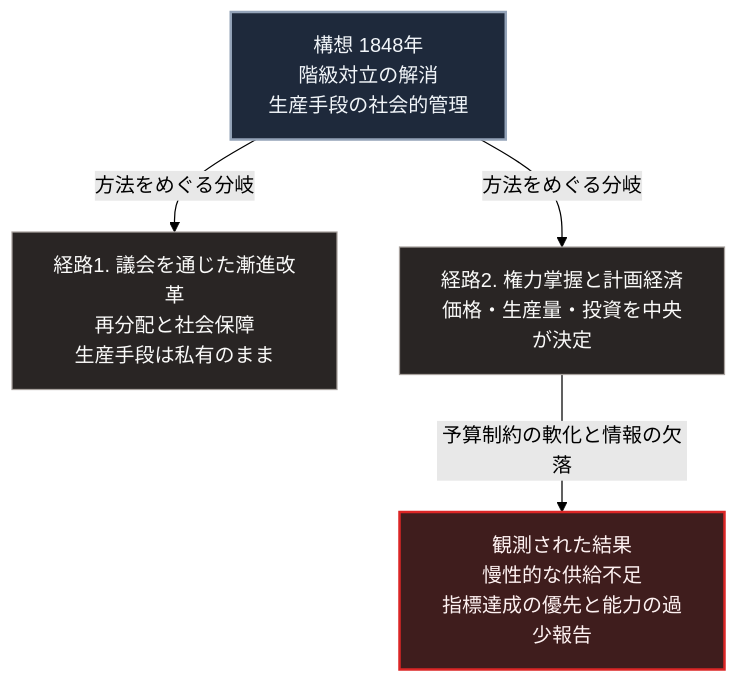
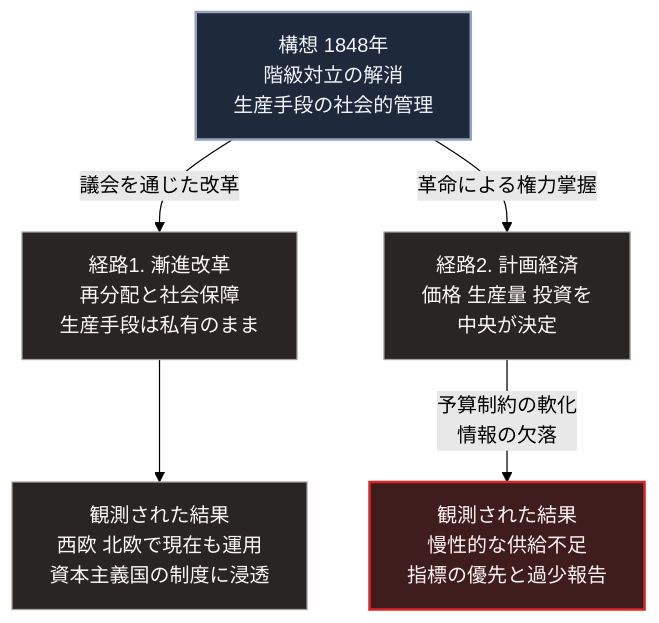
Before and after one commit to Takenori-Kusaka/zenn-content: the diagram in books/sovereign-resilience-blueprint/socialism-communism-history.md, drawn with Mermaid (forest theme). The commit also changed other lines of this file and 114 other files, not shown here.

````diff
--- a/books/sovereign-resilience-blueprint/socialism-communism-history.md
+++ b/books/sovereign-resilience-blueprint/socialism-communism-history.md
@@ -73,13 +73,14 @@
 ```mermaid
 flowchart TD
     A[構想 1848年<br>階級対立の解消<br>生産手段の社会的管理]
-    A -->|方法をめぐる分岐| B1[経路1. 議会を通じた漸進改革<br>再分配と社会保障<br>生産手段は私有のまま]
-    A -->|方法をめぐる分岐| B2[経路2. 権力掌握と計画経済<br>価格・生産量・投資を中央が決定]
-
-    B2 -->|予算制約の軟化と情報の欠落| C[観測された結果<br>慢性的な供給不足<br>指標達成の優先と能力の過少報告]
+    A -->|議会を通じた改革| B1[経路1. 漸進改革<br>再分配と社会保障<br>生産手段は私有のまま]
+    A -->|革命による権力掌握| B2[経路2. 計画経済<br>価格 生産量 投資を<br>中央が決定]
+    B1 --> C1[観測された結果<br>西欧 北欧で現在も運用<br>資本主義国の制度に浸透]
+    B2 -->|予算制約の軟化<br>情報の欠落| C2[観測された結果<br>慢性的な供給不足<br>指標の優先と過少報告]
 
     style A fill:#1e293b,stroke:#94a3b8,stroke-width:2px,color:#f1f5f9
     style B1 fill:#292524,stroke:#a8a29e,color:#fafaf9
     style B2 fill:#292524,stroke:#a8a29e,color:#fafaf9
-    style C fill:#3f1d1d,stroke:#dc2626,stroke-width:2px,color:#fef2f2
+    style C1 fill:#292524,stroke:#a8a29e,color:#fafaf9
+    style C2 fill:#3f1d1d,stroke:#dc2626,stroke-width:2px,color:#fef2f2
 ```
````
